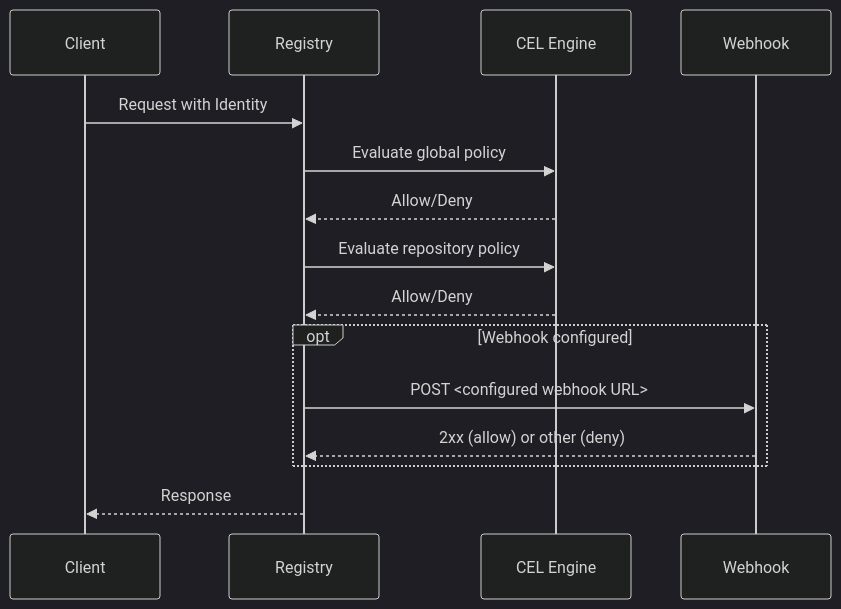
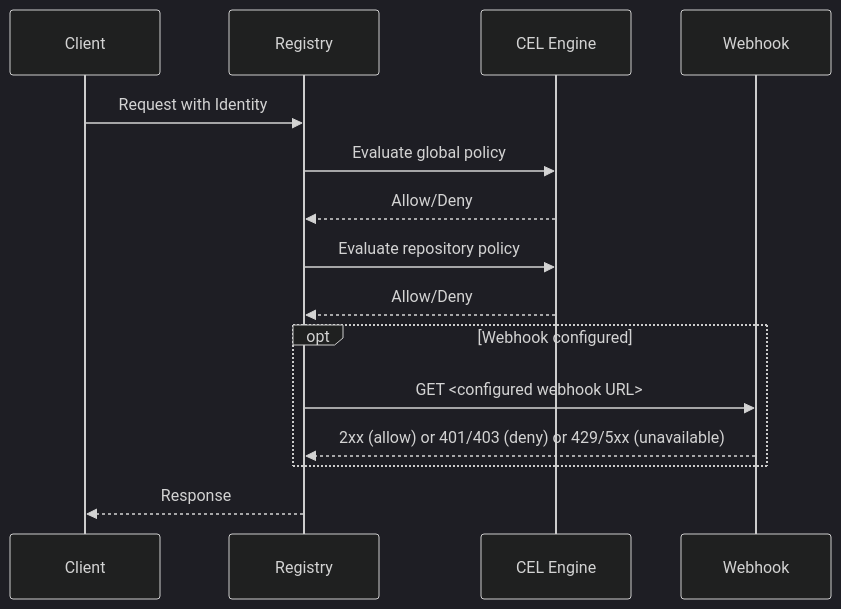
The second of 3 diagrams in doc/explanation/authentication-authorization.md (project-angos/angos), drawn with Mermaid (dark theme) before and after one commit. The commit also changed other lines of this file and 5 other files, not shown here.

Commit message:
fix(auth): do not cache webhook 429/5xx responses as deny decisions

````diff
--- a/doc/explanation/authentication-authorization.md
+++ b/doc/explanation/authentication-authorization.md
@@ -132,22 +132,22 @@
 ```mermaid
 sequenceDiagram
     participant Client
     participant Registry
     participant Policy as CEL Engine
     participant Webhook
 
     Client->>Registry: Request with Identity
 
     Registry->>Policy: Evaluate global policy
     Policy-->>Registry: Allow/Deny
 
     Registry->>Policy: Evaluate repository policy
     Policy-->>Registry: Allow/Deny
 
     opt Webhook configured
-        Registry->>Webhook: POST <configured webhook URL>
-        Webhook-->>Registry: 2xx (allow) or other (deny)
+        Registry->>Webhook: GET <configured webhook URL>
+        Webhook-->>Registry: 2xx (allow) or 401/403 (deny) or 429/5xx (unavailable)
     end
 
     Registry-->>Client: Response
 ```
````
